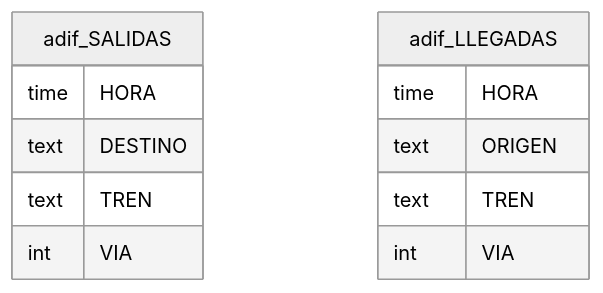
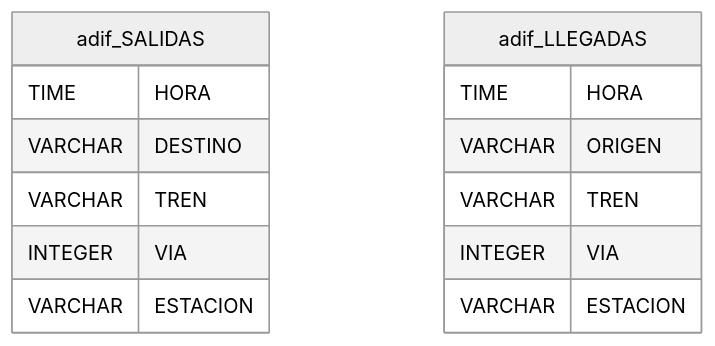
One commit to xXaceitunaXx/Tren-ES changed the fourth of 4 diagrams in docs/EsquemasOrigen.md. Above: the diagram before and after it, drawn with Mermaid (neutral theme). The commit also changed other lines of this file and 4 other files, not shown here.

````diff
--- a/docs/EsquemasOrigen.md
+++ b/docs/EsquemasOrigen.md
@@ -83,17 +84,19 @@
 ```mermaid
 erDiagram
 
     adif_SALIDAS {
-        time HORA
-        text DESTINO
-        text TREN
-        int VIA
+        TIME HORA
+        VARCHAR DESTINO
+        VARCHAR TREN
+        INTEGER VIA
+        VARCHAR ESTACION
     }
 
     adif_LLEGADAS {
-        time HORA
-        text ORIGEN
-        text TREN
-        int VIA
+        TIME HORA
+        VARCHAR ORIGEN
+        VARCHAR TREN
+        INTEGER VIA
+        VARCHAR ESTACION
     }
 ```
````
